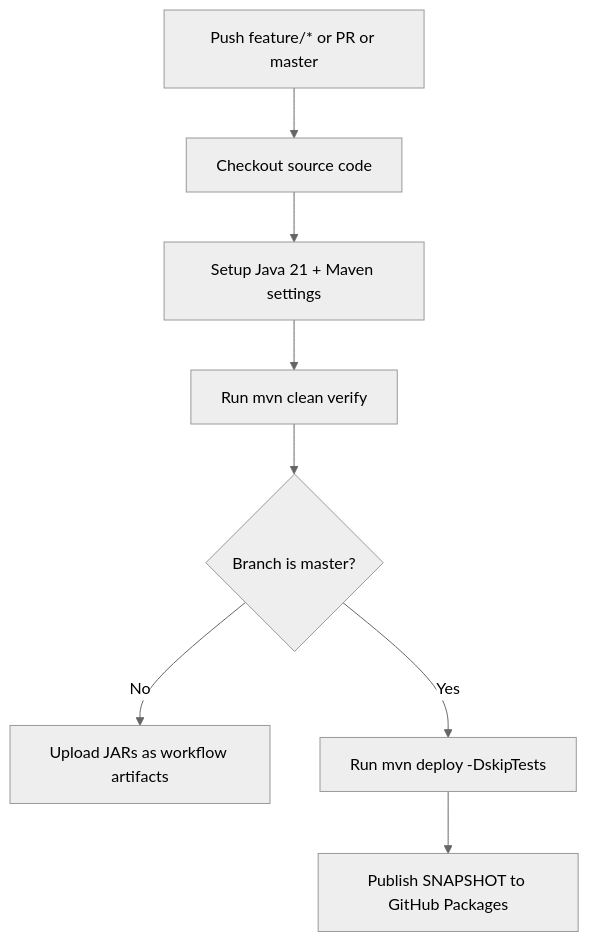
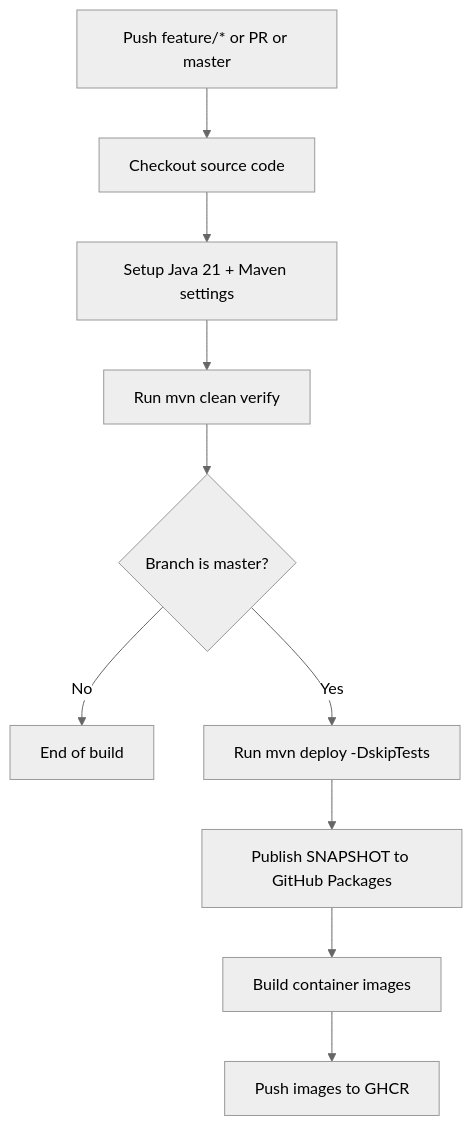
The second of 4 diagrams in docs/github_ci.md (kaninda/spring-boot-aggregator-loom), drawn with Mermaid (neutral theme) before and after one commit. The commit also changed other lines of this file, not shown here.

Commit message:
feat: Update docs for oci images (#20)

````diff
--- a/docs/github_ci.md
+++ b/docs/github_ci.md
@@ -72,11 +103,14 @@
 ```mermaid
 flowchart TD
     A[Push feature/* or PR or master] --> B[Checkout source code]
     B --> C[Setup Java 21 + Maven settings]
     C --> D[Run mvn clean verify]
 
     D --> E{Branch is master?}
-    E -- No --> F[Upload JARs as workflow artifacts]
+    E -- No --> F[End of build]
+
     E -- Yes --> G[Run mvn deploy -DskipTests]
     G --> H[Publish SNAPSHOT to GitHub Packages]
+    H --> I[Build container images]
+    I --> J[Push images to GHCR]
 ```
````
